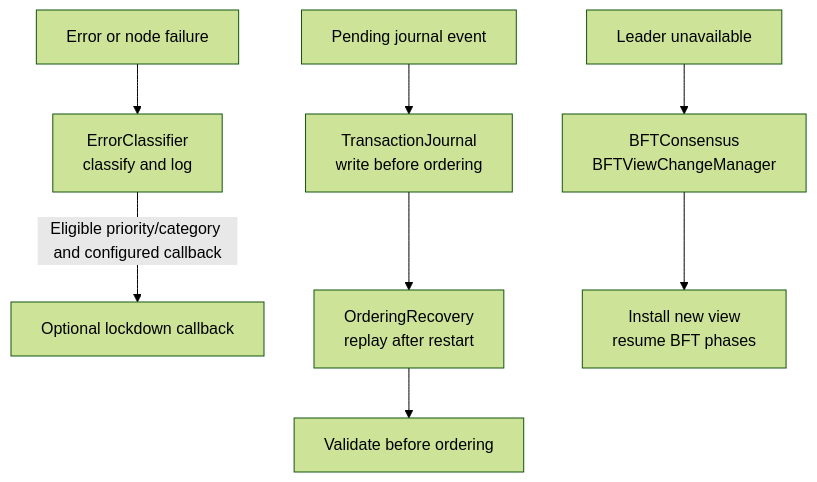
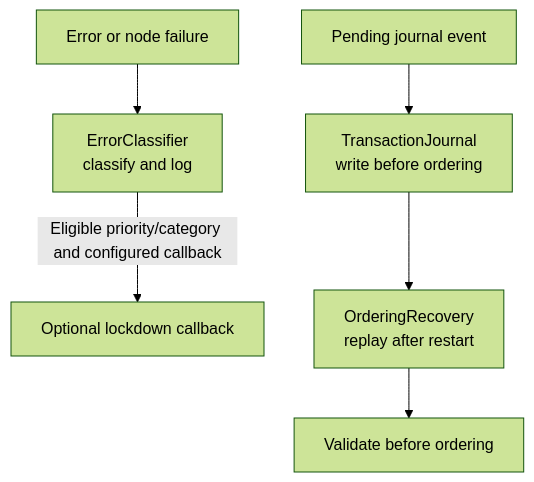
The diagram in docs/en/workflows/error-recovery.md (VanDung-dev/HieraChain), drawn with Mermaid (forest theme) before and after one commit. The commit also changed other lines of this file and 105 other files, not shown here.

Commit message:
refactor(consensus): remove BFT for local PoA testing

````diff
--- a/docs/en/workflows/error-recovery.md
+++ b/docs/en/workflows/error-recovery.md
@@ -17,10 +16,8 @@
 ```mermaid
 flowchart TD
     ERR["Error or node failure"] --> CLASS["ErrorClassifier\nclassify and log"]
     CLASS -->|Eligible priority/category and configured callback| LOCK["Optional lockdown callback"]
     EVENT["Pending journal event"] --> JOURNAL["TransactionJournal\nwrite before ordering"]
     JOURNAL --> RECOVERY["OrderingRecovery\nreplay after restart"]
     RECOVERY --> VALIDATE["Validate before ordering"]
-    LEADER["Leader unavailable"] --> VIEW["BFTConsensus\nBFTViewChangeManager"]
-    VIEW --> CONSENSUS["Install new view\nresume BFT phases"]
 ```
````
